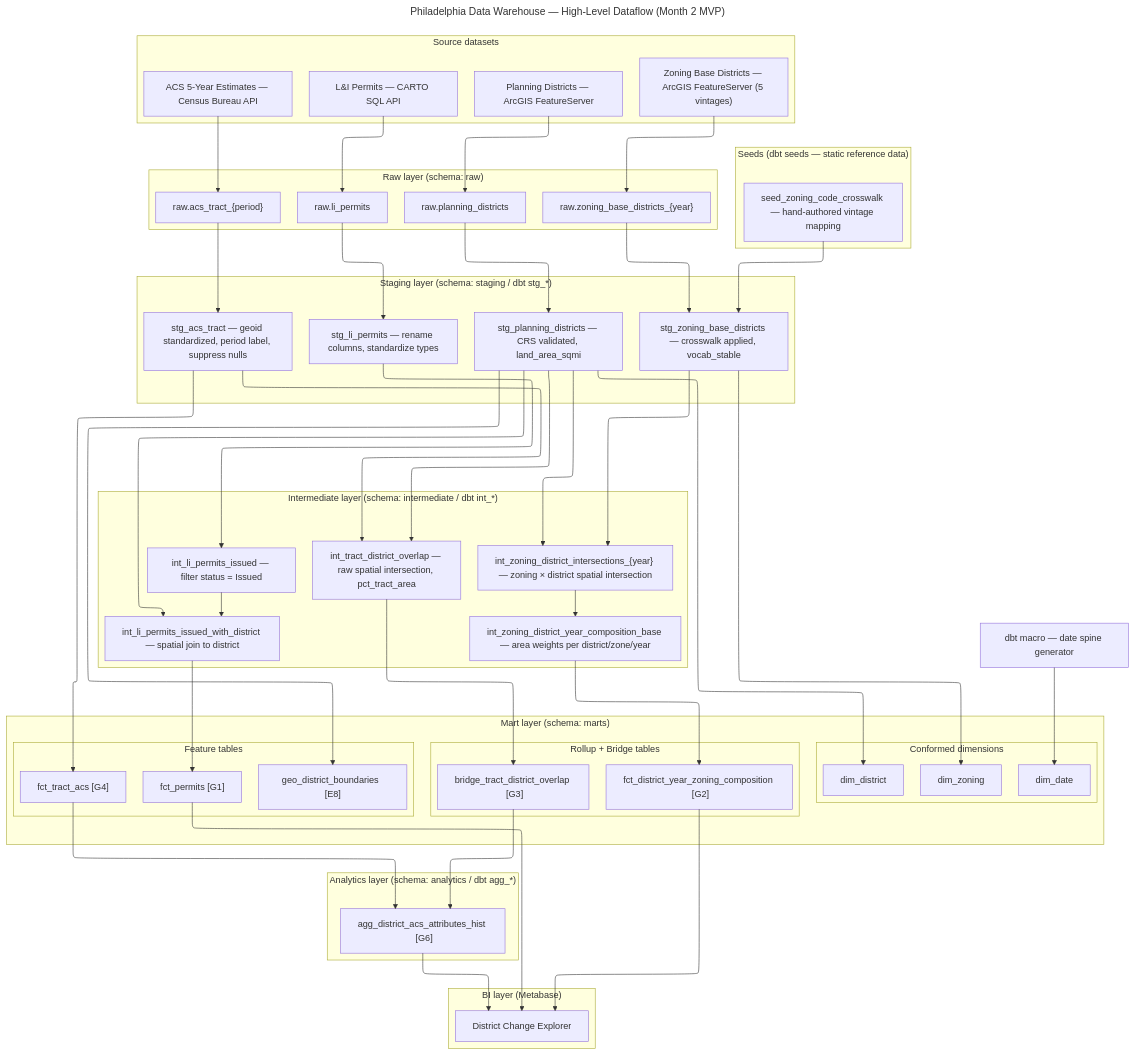
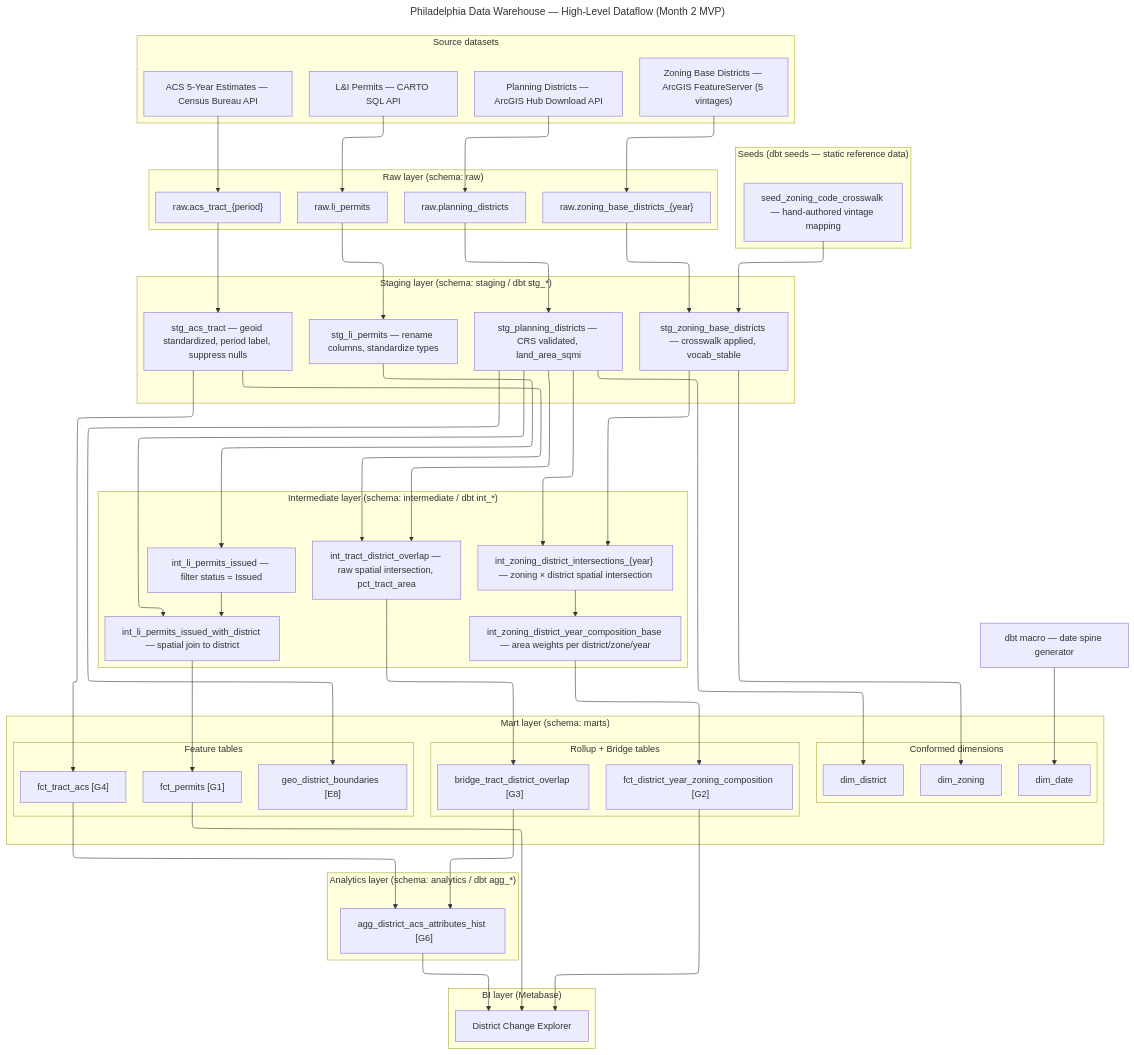
One commit to faridbalouch12-dotcom/Philadelphia-LandUse-Analytics changed the diagram in docs/diagrams/dataflow.mmd. Above: the diagram before and after it, drawn with Mermaid. The commit also changed 26 other files, not shown here.

First line of the commit message:
Complete planning districts vertical slice: Days 28-30 (raw ingestion, QA, staging)

```diff
--- a/docs/diagrams/dataflow.mmd
+++ b/docs/diagrams/dataflow.mmd
@@ -1,124 +1,124 @@
 ---
 config:
   layout: elk
 title: Philadelphia Data Warehouse — High-Level Dataflow (Month 2 MVP)
 ---
 flowchart TD
 
     %% ── Source datasets ──────────────────────────────────────────────
     subgraph SOURCES["Source datasets"]
-        SRC1["Planning Districts — ArcGIS FeatureServer"]
+        SRC1["Planning Districts — ArcGIS Hub Download API"]
         SRC2["L&I Permits — CARTO SQL API"]
         SRC3["Zoning Base Districts — ArcGIS FeatureServer (5 vintages)"]
         SRC4["ACS 5-Year Estimates — Census Bureau API"]
     end
 
     %% ── Seeds ────────────────────────────────────────────────────────
     subgraph SEEDS["Seeds  (dbt seeds — static reference data)"]
         SEED_XWALK["seed_zoning_code_crosswalk — hand-authored vintage mapping"]
     end
 
     %% ── Generated reference data ────────────────────────────────────
     GEN_DATE["dbt macro — date spine generator"]
 
     %% ── Raw layer ────────────────────────────────────────────────────
     subgraph RAW["Raw layer  (schema: raw)"]
         RAW_DISTRICTS["raw.planning_districts"]
         RAW_PERMITS["raw.li_permits"]
         RAW_ZONING["raw.zoning_base_districts_{year}"]
         RAW_ACS["raw.acs_tract_{period}"]
     end
 
     %% ── Staging layer ────────────────────────────────────────────────
     subgraph STAGING["Staging layer  (schema: staging / dbt stg_*)"]
         STG_DISTRICTS["stg_planning_districts — CRS validated, land_area_sqmi"]
         STG_PERMITS["stg_li_permits — rename columns, standardize types"]
         STG_ZONING["stg_zoning_base_districts — crosswalk applied, vocab_stable"]
         STG_ACS["stg_acs_tract — geoid standardized, period label, suppress nulls"]
     end
 
     %% ── Intermediate layer ───────────────────────────────────────────
     subgraph INTERMEDIATE["Intermediate layer  (schema: intermediate / dbt int_*)"]
         INT_PERMITS_ISSUED["int_li_permits_issued — filter status = Issued"]
         INT_PERMITS_DISTRICT["int_li_permits_issued_with_district — spatial join to district"]
         INT_TRACT_OVERLAP["int_tract_district_overlap — raw spatial intersection, pct_tract_area"]
         INT_ZONING_INTERSECT["int_zoning_district_intersections_{year} — zoning × district spatial intersection"]
         INT_ZONING_COMP["int_zoning_district_year_composition_base — area weights per district/zone/year"]
     end
 
     %% ── Mart layer ───────────────────────────────────────────────────
     subgraph MART["Mart layer  (schema: marts)"]
 
         subgraph MART_DIMS["Conformed dimensions"]
             DIM_DISTRICT["dim_district"]
             DIM_DATE["dim_date"]
             DIM_ZONING["dim_zoning"]
         end
 
         subgraph MART_FEATURE["Feature tables"]
             FCT_PERMITS["fct_permits  [G1]"]
             FCT_ACS["fct_tract_acs  [G4]"]
             GEO_BOUNDS["geo_district_boundaries  [E8]"]
         end
 
         subgraph MART_ROLLUP["Rollup + Bridge tables"]
             FCT_ZONING["fct_district_year_zoning_composition  [G2]"]
             MART_BRIDGE["bridge_tract_district_overlap  [G3]"]
         end
     end
 
     %% ── Analytics layer ──────────────────────────────────────────────
     subgraph ANALYTICS["Analytics layer  (schema: analytics / dbt agg_*)"]
         AGG_ACS["agg_district_acs_attributes_hist  [G6]"]
     end
 
     %% ── BI layer ─────────────────────────────────────────────────────
     subgraph BI["BI layer  (Metabase)"]
         DB1["District Change Explorer"]
     end
 
     %% ── Data flows ───────────────────────────────────────────────────
 
     SRC1 --> RAW_DISTRICTS
     SRC2 --> RAW_PERMITS
     SRC3 --> RAW_ZONING
     SRC4 --> RAW_ACS
 
     RAW_DISTRICTS --> STG_DISTRICTS
     RAW_PERMITS   --> STG_PERMITS
     RAW_ZONING    --> STG_ZONING
     RAW_ACS       --> STG_ACS
     SEED_XWALK    --> STG_ZONING
 
     STG_PERMITS          --> INT_PERMITS_ISSUED
     INT_PERMITS_ISSUED   --> INT_PERMITS_DISTRICT
     STG_DISTRICTS        --> INT_PERMITS_DISTRICT
     STG_DISTRICTS        --> INT_TRACT_OVERLAP
     STG_ACS              --> INT_TRACT_OVERLAP
     STG_ZONING           --> INT_ZONING_INTERSECT
     STG_DISTRICTS        --> INT_ZONING_INTERSECT
     INT_ZONING_INTERSECT --> INT_ZONING_COMP
 
     STG_DISTRICTS        --> DIM_DISTRICT
     STG_ZONING           --> DIM_ZONING
     GEN_DATE             --> DIM_DATE
 
     STG_DISTRICTS        --> GEO_BOUNDS
     INT_PERMITS_DISTRICT --> FCT_PERMITS
     STG_ACS              --> FCT_ACS
 
     INT_ZONING_COMP   --> FCT_ZONING
     INT_TRACT_OVERLAP --> MART_BRIDGE
 
     FCT_ACS     --> AGG_ACS
     MART_BRIDGE --> AGG_ACS
 
     FCT_PERMITS --> DB1
     FCT_ZONING  --> DB1
     AGG_ACS     --> DB1
 
     %% ── Notes ─────────────────────────────────────────────────────────
     %% Join relationships (FK/PK) are in erd.mmd — not shown here.
     %% Grain labels: G1–G6 reference grain_spec.md
     %% Feature vs rollup separation: see feature_vs_rollup_policy.md
     %% Schema layer redesign rationale: see notes/claude_sessions/session_2026-03-10_task-5-2_schema-redesign.md
```
